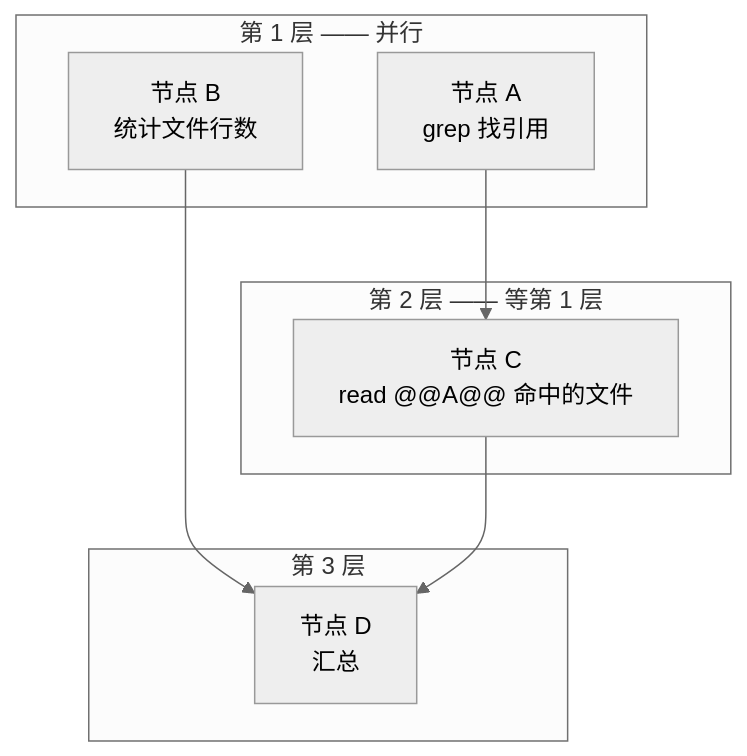
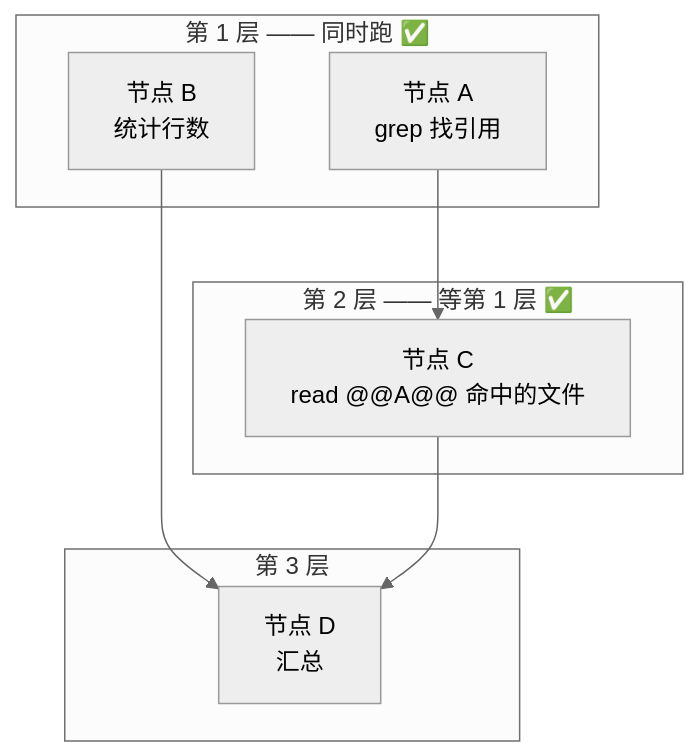
The second of 4 diagrams in README.md (zyn19940107/dsh-conductor), drawn with Mermaid (neutral theme) before and after one commit. The commit also changed other lines of this file and 13 other files, not shown here.

Commit message:
清理:删掉闸门/图内续片/死配置,只留 refine_plan + 轮次预算;README 重写

````diff
--- a/README.md
+++ b/README.md
@@ -41,16 +30,16 @@
 ```mermaid
 flowchart TD
-    subgraph L1["第 1 层 —— 并行"]
+    subgraph L1["第 1 层 —— 同时跑 ✅"]
       A["节点 A<br/>grep 找引用"]
-      B["节点 B<br/>统计文件行数"]
+      B["节点 B<br/>统计行数"]
     end
-    subgraph L2["第 2 层 —— 等第 1 层"]
+    subgraph L2["第 2 层 —— 等第 1 层 ✅"]
       C["节点 C<br/>read @@A@@ 命中的文件"]
     end
     subgraph L3["第 3 层"]
       D["节点 D<br/>汇总"]
     end
     A --> C
     B --> D
     C --> D
 ```
````
